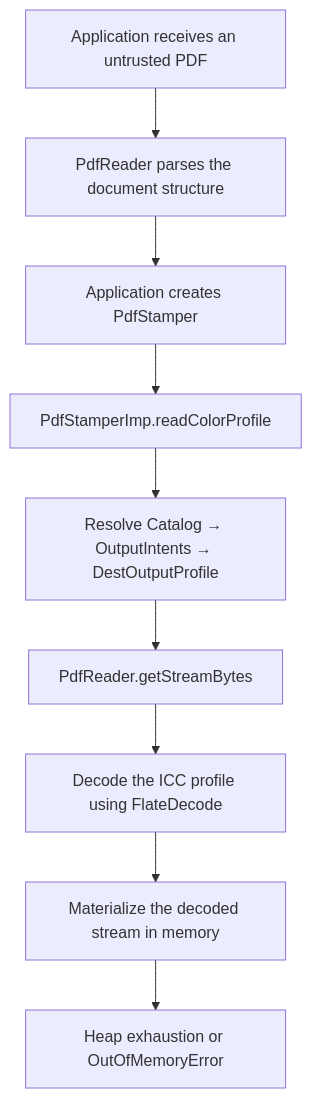
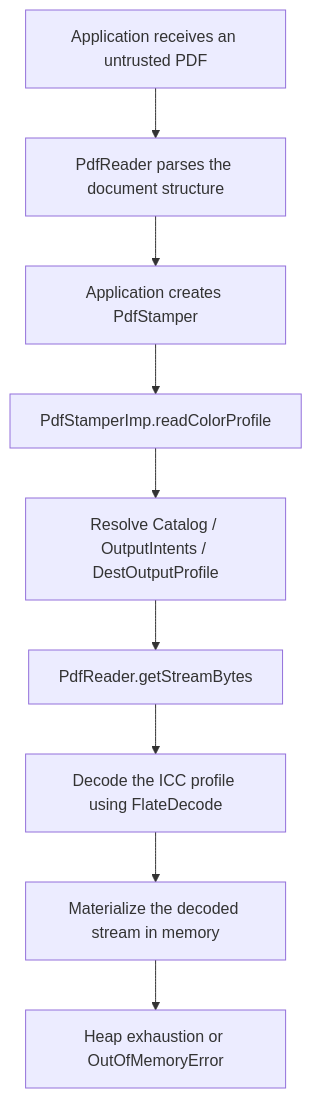
One commit to EvtDanya/evtdanya.github.io changed the diagram in content/posts/pdf-deflate-bombs.md. Above: the diagram before and after it, drawn with Mermaid. The commit also changed 1 other file, not shown here.

Commit message:
fix: mermaid scheme

````diff
--- a/content/posts/pdf-deflate-bombs.md
+++ b/content/posts/pdf-deflate-bombs.md
@@ -229,21 +229,21 @@
 ```mermaid
 flowchart TD
-    A[Application receives an untrusted PDF]
-    B[PdfReader parses the document structure]
-    C[Application creates PdfStamper]
-    D[PdfStamperImp.readColorProfile]
-    E[Resolve Catalog → OutputIntents → DestOutputProfile]
-    F[PdfReader.getStreamBytes]
-    G[Decode the ICC profile using FlateDecode]
-    H[Materialize the decoded stream in memory]
-    I[Heap exhaustion or OutOfMemoryError]
+    A["Application receives an untrusted PDF"]
+    B["PdfReader parses the document structure"]
+    C["Application creates PdfStamper"]
+    D["PdfStamperImp.readColorProfile"]
+    E["Resolve Catalog / OutputIntents / DestOutputProfile"]
+    F["PdfReader.getStreamBytes"]
+    G["Decode the ICC profile using FlateDecode"]
+    H["Materialize the decoded stream in memory"]
+    I["Heap exhaustion or OutOfMemoryError"]
 
     A --> B
     B --> C
     C --> D
     D --> E
     E --> F
     F --> G
     G --> H
     H --> I
 ```
````
